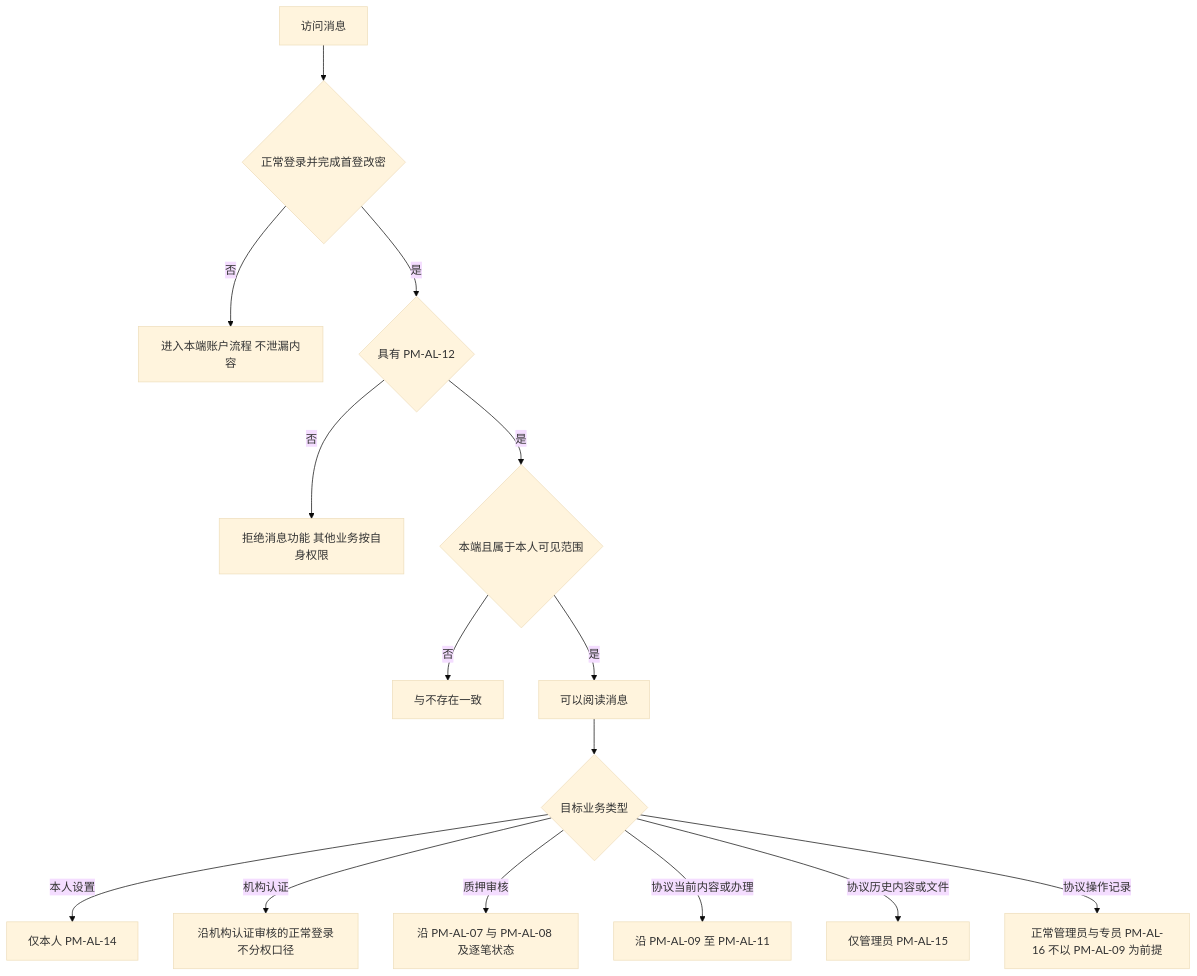
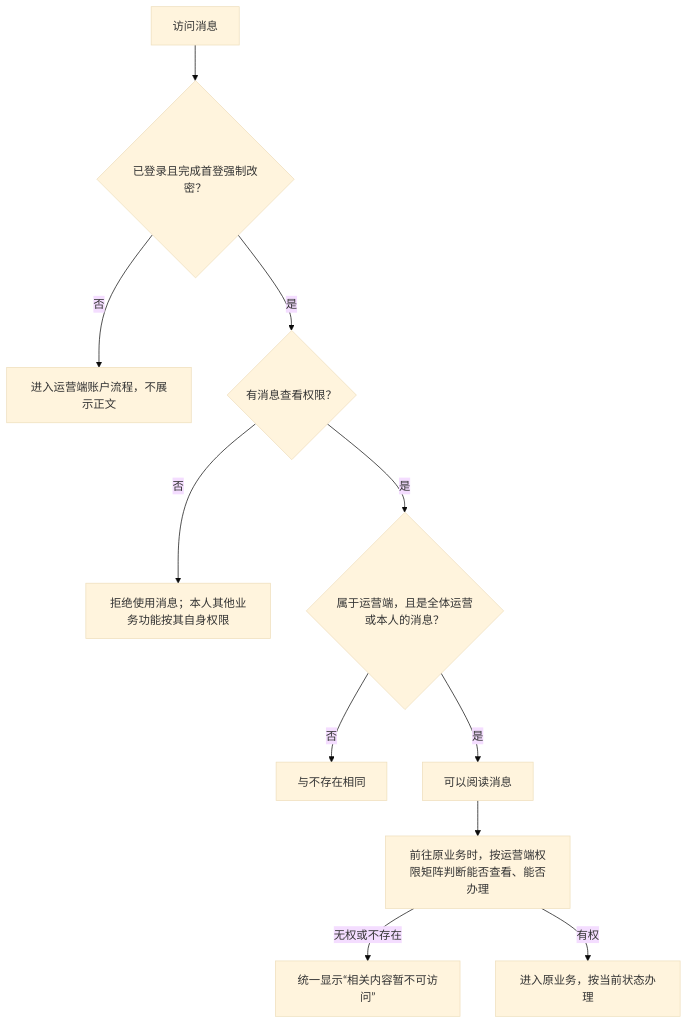
One commit to wxblockchain/Chain-Financing changed the fifth of 7 diagrams in lending-platform/PRD/运营端/07-运营端消息通知/02-运营端消息通知-流程图与状态机.md. Above: the diagram before and after it, drawn with Mermaid (base theme). The commit also changed other lines of this file and 6 other files, not shown here.

````diff
--- a/lending-platform/PRD/运营端/07-运营端消息通知/02-运营端消息通知-流程图与状态机.md
+++ b/lending-platform/PRD/运营端/07-运营端消息通知/02-运营端消息通知-流程图与状态机.md
@@ -119,17 +111,13 @@
 ```mermaid
 flowchart TD
-    A[访问消息] --> B{正常登录并完成首登改密}
-    B -->|否| C[进入本端账户流程 不泄漏内容]
-    B -->|是| D{具有 PM-AL-12}
-    D -->|否| E[拒绝消息功能 其他业务按自身权限]
-    D -->|是| F{本端且属于本人可见范围}
-    F -->|否| G[与不存在一致]
-    F -->|是| H[可以阅读消息]
-    H --> I{目标业务类型}
-    I -->|本人设置| J[仅本人 PM-AL-14]
-    I -->|机构认证| K[沿机构认证审核的正常登录不分权口径]
-    I -->|质押审核| L[沿 PM-AL-07 与 PM-AL-08 及逐笔状态]
-    I -->|协议当前内容或办理| M[沿 PM-AL-09 至 PM-AL-11]
-    I -->|协议历史内容或文件| N[仅管理员 PM-AL-15]
-    I -->|协议操作记录| O[正常管理员与专员 PM-AL-16 不以 PM-AL-09 为前提]
+    A["访问消息"] --> B{"已登录且完成首登强制改密？"}
+    B -->|否| C["进入运营端账户流程，不展示正文"]
+    B -->|是| D{"有消息查看权限？"}
+    D -->|否| E["拒绝使用消息；本人其他业务功能按其自身权限"]
+    D -->|是| F{"属于运营端，且是全体运营或本人的消息？"}
+    F -->|否| G["与不存在相同"]
+    F -->|是| H["可以阅读消息"]
+    H --> I["前往原业务时，按运营端权限矩阵判断能否查看、能否办理"]
+    I -->|无权或不存在| J["统一显示“相关内容暂不可访问”"]
+    I -->|有权| K["进入原业务，按当前状态办理"]
 ```
````
